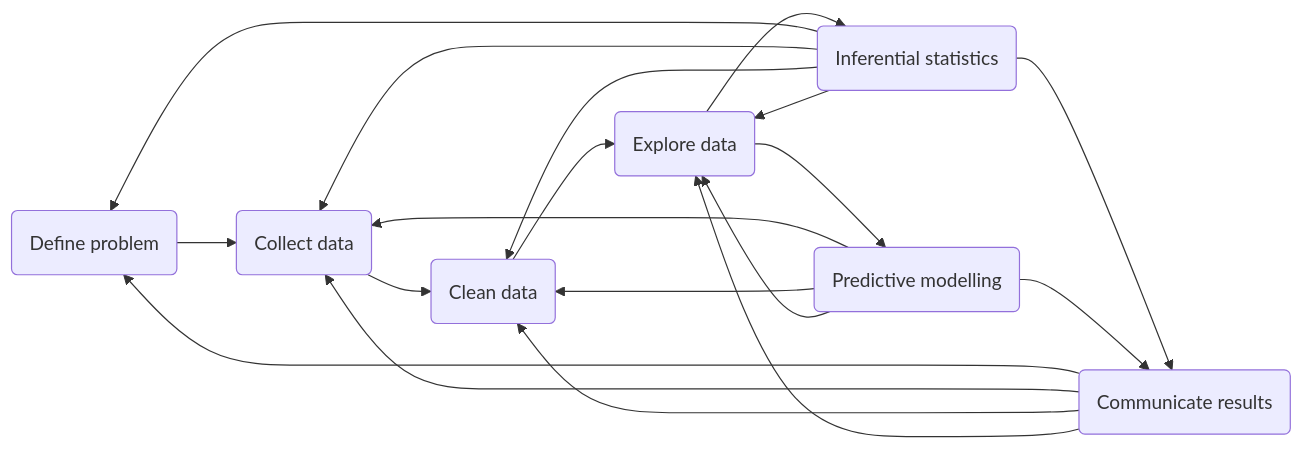
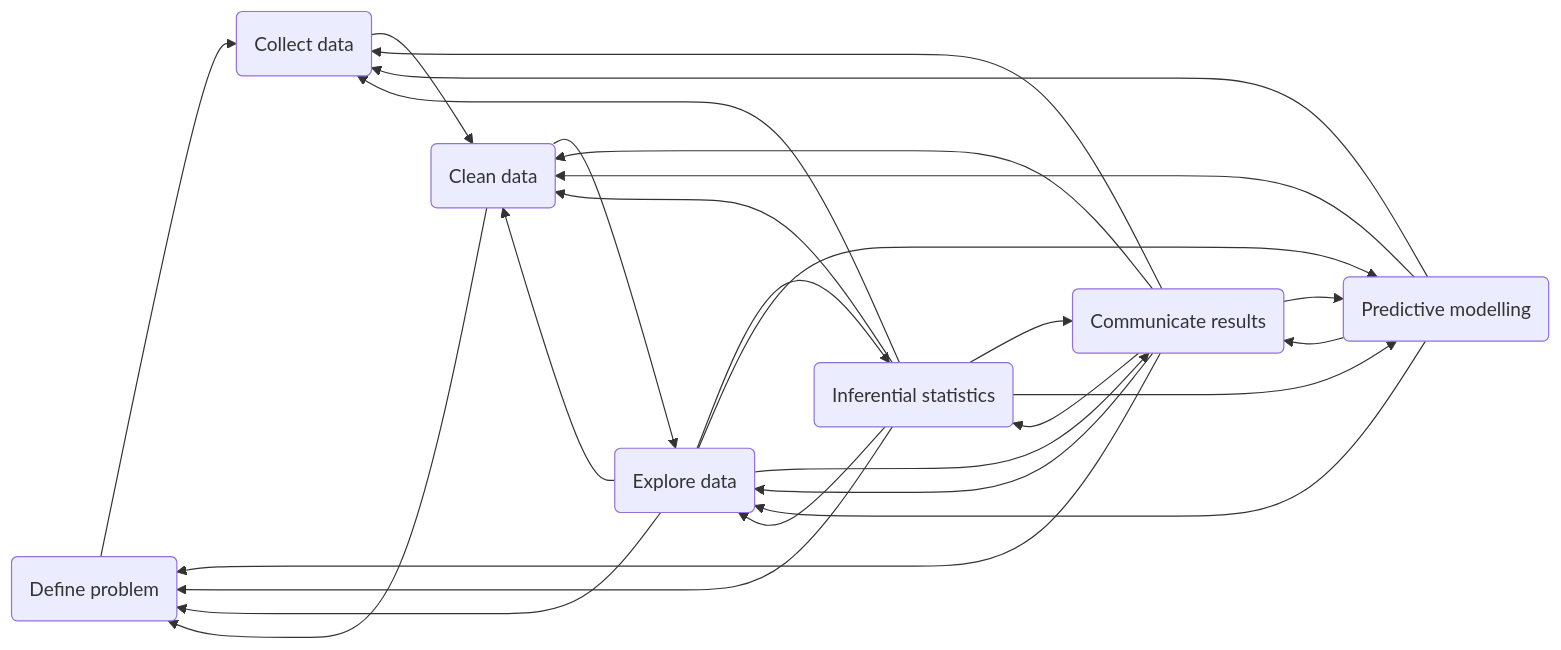
The eighth of 8 diagrams in session-descriptive-presentation/session-descriptive-presentation.qmd (NBISweden/workshop-mlbiostatistics), drawn with Mermaid before and after one commit. The commit also changed other lines of this file and 91 other files, not shown here.

````diff
--- a/session-descriptive-presentation/session-descriptive-presentation.qmd
+++ b/session-descriptive-presentation/session-descriptive-presentation.qmd
@@ -1200,22 +1207,30 @@
 ```{mermaid}
 flowchart LR
   A(Define problem) --> B(Collect data)
   B --> C(Clean data)
   C --> D(Explore data)
   D --> E(Inferential statistics)
   D --> F(Predictive modelling)
   E --> G(Communicate results)
   F --> G(Communicate results)
   G --> A
   G --> B
   G --> C
   G --> D
+  G --> E
+  G --> F
   E --> A
   E --> B
   E --> C
   E --> D
+  E --> F
   F --> B
   F --> C
   F --> D
+  D --> G
+  D --> C
+  D --> A
+  C --> A
+  
   
 ```
````
